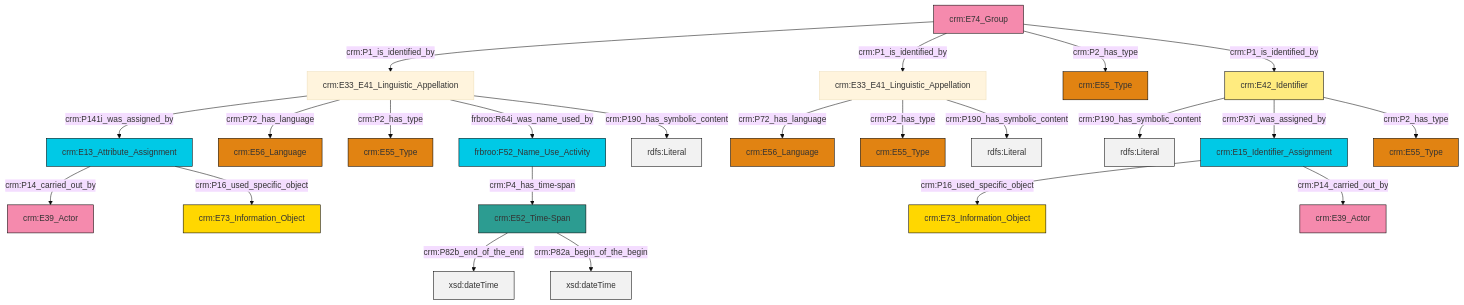
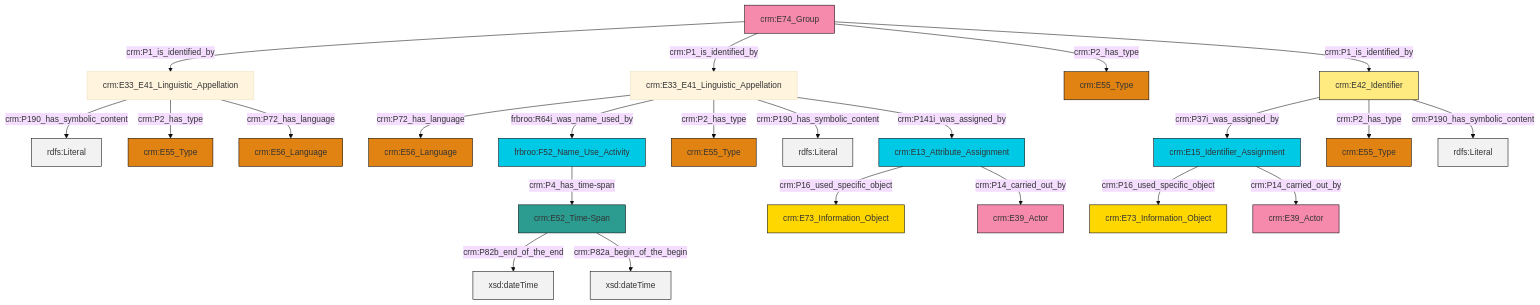
One commit to swiss-art-research-net/reference-data-models changed the diagram in et/groupCSV/ttl/mmd/group_name.ttl.mmd. Above: the diagram before and after it, drawn with Mermaid (base theme). The commit also changed 128 other files, not shown here.

```diff
--- a/et/groupCSV/ttl/mmd/group_name.ttl.mmd
+++ b/et/groupCSV/ttl/mmd/group_name.ttl.mmd
@@ -1,37 +1,37 @@
 graph TD
 classDef Literal fill:#f2f2f2,stroke:#000000;
 classDef CRM_Entity fill:#FFFFFF,stroke:#000000;
 classDef Temporal_Entity fill:#00C9E6, stroke:#000000;
 classDef Type fill:#E18312, stroke:#000000;
 classDef Time-Span fill:#2C9C91, stroke:#000000;
 classDef Appellation fill:#FFEB7F, stroke:#000000;
 classDef Place fill:#008836, stroke:#000000;
 classDef Persistent_Item fill:#B266B2, stroke:#000000;
 classDef Conceptual_Object fill:#FFD700, stroke:#000000;
 classDef Physical_Thing fill:#D2B48C, stroke:#000000;
 classDef Actor fill:#f58aad, stroke:#000000;
 classDef PC_Classes fill:#4ce600, stroke:#000000;
 classDef Multi fill:#cccccc,stroke:#000000;
 
-6["crm:E15_Identifier_Assignment"]:::Temporal_Entity -->|crm:P16_used_specific_object| 7["crm:E73_Information_Object"]:::Conceptual_Object
-8["crm:E74_Group"]:::Actor -->|crm:P1_is_identified_by| 10["crm:E33_E41_Linguistic_Appellation"]:::Default
-10["crm:E33_E41_Linguistic_Appellation"]:::Default -->|crm:P141i_was_assigned_by| 13["crm:E13_Attribute_Assignment"]:::Temporal_Entity
-14["crm:E42_Identifier"]:::Appellation -->|crm:P190_has_symbolic_content| 15[rdfs:Literal]:::Literal
-16["crm:E52_Time-Span"]:::Time-Span -->|crm:P82b_end_of_the_end| 19[xsd:dateTime]:::Literal
-10["crm:E33_E41_Linguistic_Appellation"]:::Default -->|crm:P72_has_language| 20["crm:E56_Language"]:::Type
-10["crm:E33_E41_Linguistic_Appellation"]:::Default -->|crm:P2_has_type| 21["crm:E55_Type"]:::Type
-22["crm:E33_E41_Linguistic_Appellation"]:::Default -->|crm:P72_has_language| 23["crm:E56_Language"]:::Type
-14["crm:E42_Identifier"]:::Appellation -->|crm:P37i_was_assigned_by| 6["crm:E15_Identifier_Assignment"]:::Temporal_Entity
-8["crm:E74_Group"]:::Actor -->|crm:P1_is_identified_by| 22["crm:E33_E41_Linguistic_Appellation"]:::Default
-13["crm:E13_Attribute_Assignment"]:::Temporal_Entity -->|crm:P14_carried_out_by| 2["crm:E39_Actor"]:::Actor
-22["crm:E33_E41_Linguistic_Appellation"]:::Default -->|crm:P2_has_type| 26["crm:E55_Type"]:::Type
-10["crm:E33_E41_Linguistic_Appellation"]:::Default -->|frbroo:R64i_was_name_used_by| 29["frbroo:F52_Name_Use_Activity"]:::Temporal_Entity
-22["crm:E33_E41_Linguistic_Appellation"]:::Default -->|crm:P190_has_symbolic_content| 32[rdfs:Literal]:::Literal
-10["crm:E33_E41_Linguistic_Appellation"]:::Default -->|crm:P190_has_symbolic_content| 33[rdfs:Literal]:::Literal
-8["crm:E74_Group"]:::Actor -->|crm:P2_has_type| 0["crm:E55_Type"]:::Type
-16["crm:E52_Time-Span"]:::Time-Span -->|crm:P82a_begin_of_the_begin| 34[xsd:dateTime]:::Literal
-14["crm:E42_Identifier"]:::Appellation -->|crm:P2_has_type| 35["crm:E55_Type"]:::Type
-8["crm:E74_Group"]:::Actor -->|crm:P1_is_identified_by| 14["crm:E42_Identifier"]:::Appellation
-29["frbroo:F52_Name_Use_Activity"]:::Temporal_Entity -->|crm:P4_has_time-span| 16["crm:E52_Time-Span"]:::Time-Span
-13["crm:E13_Attribute_Assignment"]:::Temporal_Entity -->|crm:P16_used_specific_object| 4["crm:E73_Information_Object"]:::Conceptual_Object
-6["crm:E15_Identifier_Assignment"]:::Temporal_Entity -->|crm:P14_carried_out_by| 11["crm:E39_Actor"]:::Actor
+6["crm:E13_Attribute_Assignment"]:::Temporal_Entity -->|crm:P16_used_specific_object| 7["crm:E73_Information_Object"]:::Conceptual_Object
+4["crm:E42_Identifier"]:::Appellation -->|crm:P37i_was_assigned_by| 8["crm:E15_Identifier_Assignment"]:::Temporal_Entity
+8["crm:E15_Identifier_Assignment"]:::Temporal_Entity -->|crm:P16_used_specific_object| 9["crm:E73_Information_Object"]:::Conceptual_Object
+10["crm:E74_Group"]:::Actor -->|crm:P1_is_identified_by| 0["crm:E33_E41_Linguistic_Appellation"]:::Default
+15["crm:E33_E41_Linguistic_Appellation"]:::Default -->|crm:P72_has_language| 16["crm:E56_Language"]:::Type
+15["crm:E33_E41_Linguistic_Appellation"]:::Default -->|frbroo:R64i_was_name_used_by| 17["frbroo:F52_Name_Use_Activity"]:::Temporal_Entity
+8["crm:E15_Identifier_Assignment"]:::Temporal_Entity -->|crm:P14_carried_out_by| 20["crm:E39_Actor"]:::Actor
+23["crm:E52_Time-Span"]:::Time-Span -->|crm:P82b_end_of_the_end| 24[xsd:dateTime]:::Literal
+23["crm:E52_Time-Span"]:::Time-Span -->|crm:P82a_begin_of_the_begin| 27[xsd:dateTime]:::Literal
+15["crm:E33_E41_Linguistic_Appellation"]:::Default -->|crm:P2_has_type| 28["crm:E55_Type"]:::Type
+0["crm:E33_E41_Linguistic_Appellation"]:::Default -->|crm:P190_has_symbolic_content| 32[rdfs:Literal]:::Literal
+4["crm:E42_Identifier"]:::Appellation -->|crm:P2_has_type| 18["crm:E55_Type"]:::Type
+10["crm:E74_Group"]:::Actor -->|crm:P1_is_identified_by| 15["crm:E33_E41_Linguistic_Appellation"]:::Default
+6["crm:E13_Attribute_Assignment"]:::Temporal_Entity -->|crm:P14_carried_out_by| 33["crm:E39_Actor"]:::Actor
+15["crm:E33_E41_Linguistic_Appellation"]:::Default -->|crm:P190_has_symbolic_content| 36[rdfs:Literal]:::Literal
+0["crm:E33_E41_Linguistic_Appellation"]:::Default -->|crm:P2_has_type| 11["crm:E55_Type"]:::Type
+0["crm:E33_E41_Linguistic_Appellation"]:::Default -->|crm:P72_has_language| 30["crm:E56_Language"]:::Type
+15["crm:E33_E41_Linguistic_Appellation"]:::Default -->|crm:P141i_was_assigned_by| 6["crm:E13_Attribute_Assignment"]:::Temporal_Entity
+4["crm:E42_Identifier"]:::Appellation -->|crm:P190_has_symbolic_content| 38[rdfs:Literal]:::Literal
+10["crm:E74_Group"]:::Actor -->|crm:P2_has_type| 2["crm:E55_Type"]:::Type
+17["frbroo:F52_Name_Use_Activity"]:::Temporal_Entity -->|crm:P4_has_time-span| 23["crm:E52_Time-Span"]:::Time-Span
+10["crm:E74_Group"]:::Actor -->|crm:P1_is_identified_by| 4["crm:E42_Identifier"]:::Appellation
```
